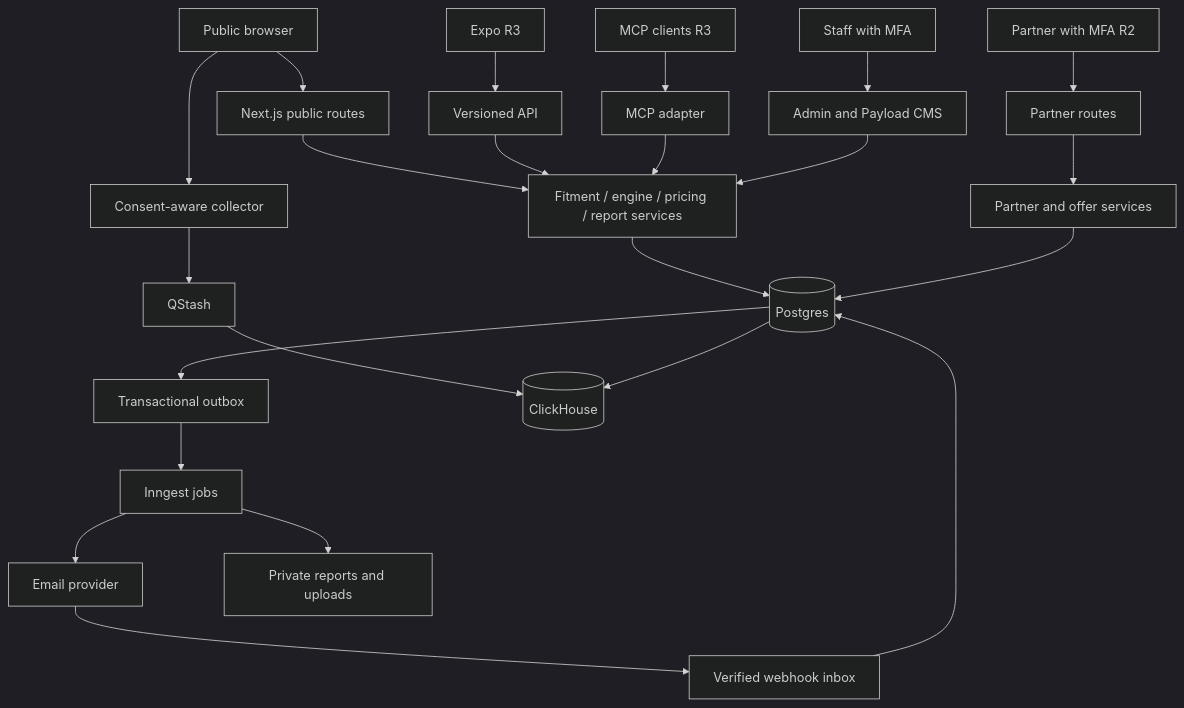
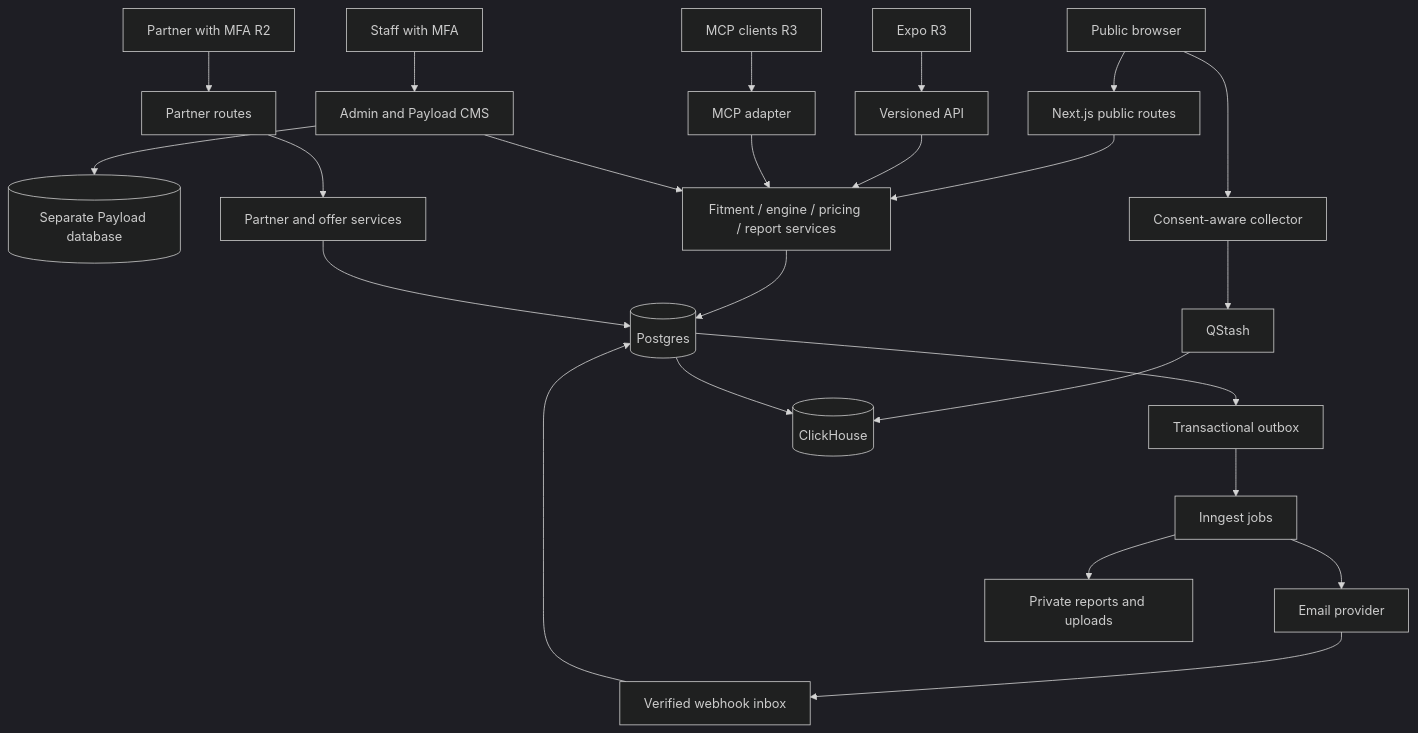
The first of 2 diagrams in docs/02-technical-architecture.md (xmyqyl4x/tiresandtreads), drawn with Mermaid (dark theme) before and after one commit. The commit also changed other lines of this file and 5 other files, not shown here.

Commit message:
docs: record AS01-AS07 approval and reconcile architecture baseline

````diff
--- a/docs/02-technical-architecture.md
+++ b/docs/02-technical-architecture.md
@@ -36,25 +38,26 @@
 ```mermaid
 flowchart TB
   Browser[Public browser] --> Web[Next.js public routes]
   Staff[Staff with MFA] --> Admin[Admin and Payload CMS]
+  Admin --> CMS[(Separate Payload database)]
   Partner[Partner with MFA R2] --> Portal[Partner routes]
   Mobile[Expo R3] --> API[Versioned API]
   MCP[MCP clients R3] --> Tools[MCP adapter]
   Web --> Domain[Fitment / engine / pricing / report services]
   API --> Domain
   Tools --> Domain
   Admin --> Domain
   Portal --> Offers[Partner and offer services]
   Domain --> PG[(Postgres)]
   Offers --> PG
   PG --> Outbox[Transactional outbox]
   Outbox --> Jobs[Inngest jobs]
   Jobs --> ESP[Email provider]
   Jobs --> Objects[Private reports and uploads]
   ESP --> Hooks[Verified webhook inbox]
   Hooks --> PG
   Browser --> Collector[Consent-aware collector]
   Collector --> Buffer[QStash]
   Buffer --> CH[(ClickHouse)]
   PG --> CH
 ```
````
